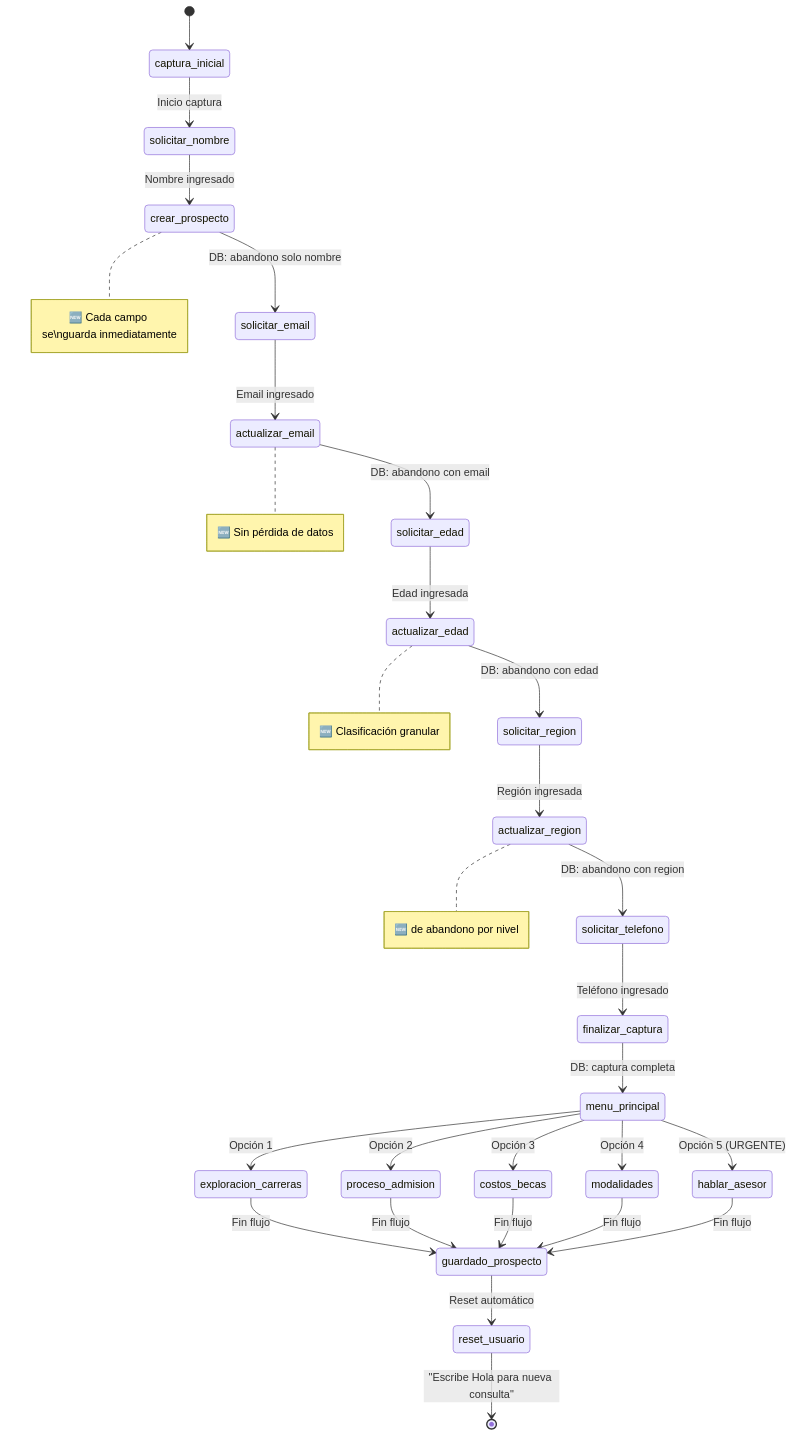
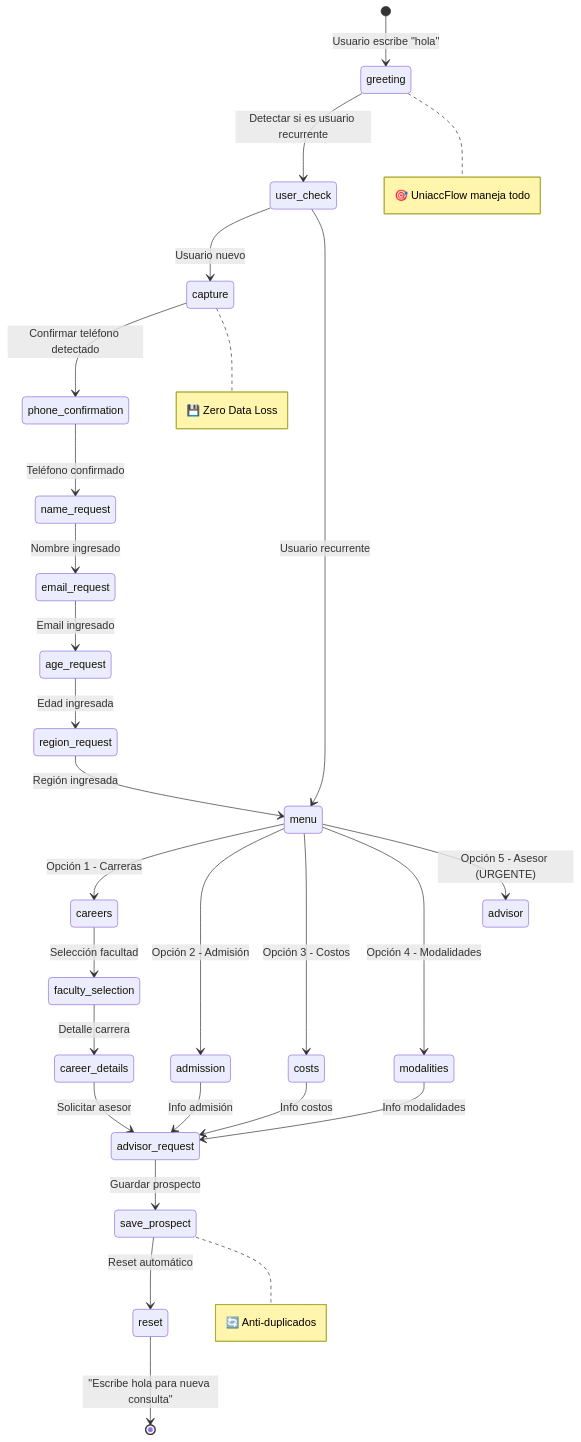
Before and after one commit to jpeduti/chatbot: the second of 4 diagrams in docs/arquitectura.md, drawn with Mermaid. The commit also changed other lines of this file and 87 other files, not shown here.

````diff
--- a/docs/arquitectura.md
+++ b/docs/arquitectura.md
@@ -108,35 +136,38 @@
 ```mermaid
 stateDiagram-v2
-    [*] --> captura_inicial
-    captura_inicial --> solicitar_nombre: Inicio captura
-    solicitar_nombre --> crear_prospecto: Nombre ingresado
-    crear_prospecto --> solicitar_email: DB: abandono solo nombre
-    solicitar_email --> actualizar_email: Email ingresado
-    actualizar_email --> solicitar_edad: DB: abandono con email
-    solicitar_edad --> actualizar_edad: Edad ingresada
-    actualizar_edad --> solicitar_region: DB: abandono con edad
-    solicitar_region --> actualizar_region: Región ingresada
-    actualizar_region --> solicitar_telefono: DB: abandono con region
-    solicitar_telefono --> finalizar_captura: Teléfono ingresado
-    finalizar_captura --> menu_principal: DB: captura completa
+    [*] --> greeting: Usuario escribe "hola"
     
-    menu_principal --> exploracion_carreras: Opción 1
-    menu_principal --> proceso_admision: Opción 2
-    menu_principal --> costos_becas: Opción 3
-    menu_principal --> modalidades: Opción 4
-    menu_principal --> hablar_asesor: Opción 5 (URGENTE)
+    greeting --> user_check: Detectar si es usuario recurrente
     
-    exploracion_carreras --> guardado_prospecto: Fin flujo
-    proceso_admision --> guardado_prospecto: Fin flujo
-    costos_becas --> guardado_prospecto: Fin flujo
-    modalidades --> guardado_prospecto: Fin flujo
-    hablar_asesor --> guardado_prospecto: Fin flujo
+    user_check --> capture: Usuario nuevo
+    user_check --> menu: Usuario recurrente
     
-    guardado_prospecto --> reset_usuario: Reset automático
-    reset_usuario --> [*]: "Escribe Hola para nueva consulta"
+    capture --> phone_confirmation: Confirmar teléfono detectado
+    phone_confirmation --> name_request: Teléfono confirmado
+    name_request --> email_request: Nombre ingresado
+    email_request --> age_request: Email ingresado  
+    age_request --> region_request: Edad ingresada
+    region_request --> menu: Región ingresada
     
-    note right of crear_prospecto: 🆕 Cada campo se\nguarda inmediatamente
-    note right of actualizar_email: 🆕 Sin pérdida de datos
-    note right of actualizar_edad: 🆕 Clasificación granular
-    note right of actualizar_region: 🆕 de abandono por nivel
+    menu --> careers: Opción 1 - Carreras
+    menu --> admission: Opción 2 - Admisión
+    menu --> costs: Opción 3 - Costos
+    menu --> modalities: Opción 4 - Modalidades
+    menu --> advisor: Opción 5 - Asesor (URGENTE)
+    
+    careers --> faculty_selection: Selección facultad
+    faculty_selection --> career_details: Detalle carrera
+    career_details --> advisor_request: Solicitar asesor
+    
+    admission --> advisor_request: Info admisión
+    costs --> advisor_request: Info costos
+    modalities --> advisor_request: Info modalidades
+    
+    advisor_request --> save_prospect: Guardar prospecto
+    save_prospect --> reset: Reset automático
+    reset --> [*]: "Escribe hola para nueva consulta"
+    
+    note right of greeting: 🎯 UniaccFlow maneja todo
+    note right of capture: 💾 Zero Data Loss
+    note right of save_prospect: 🔄 Anti-duplicados
 ```
````
